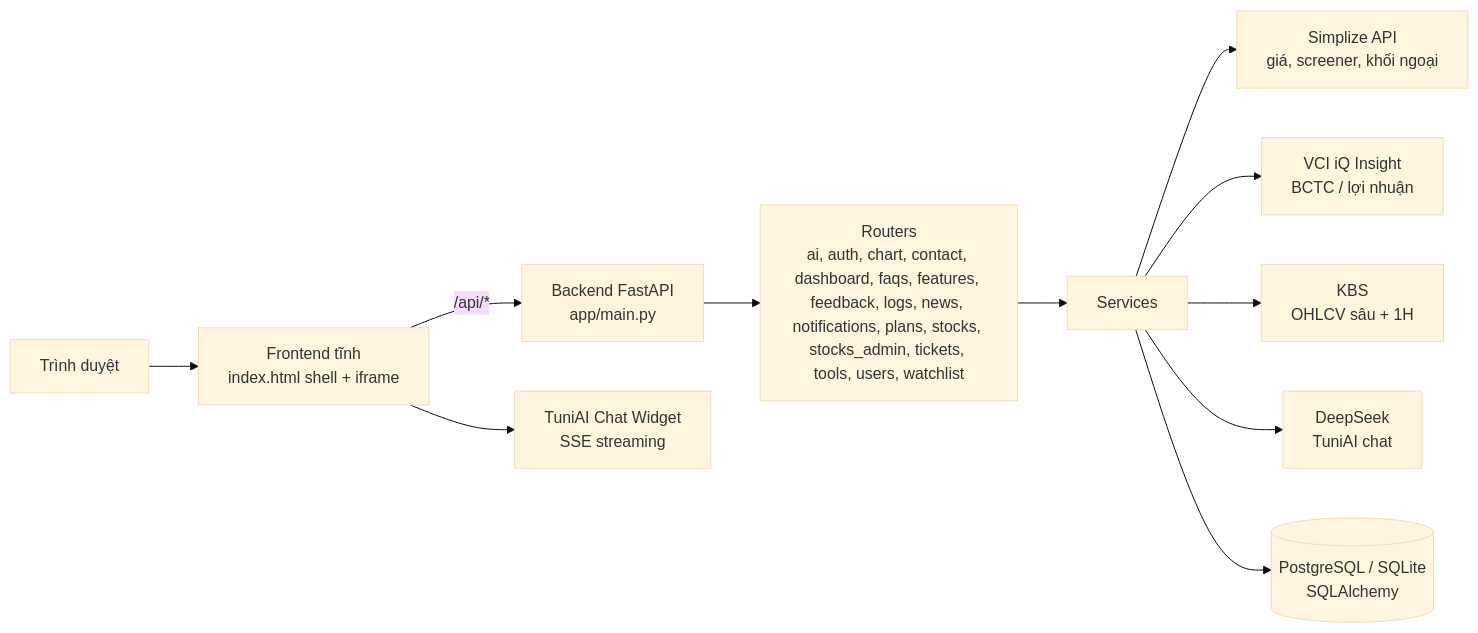
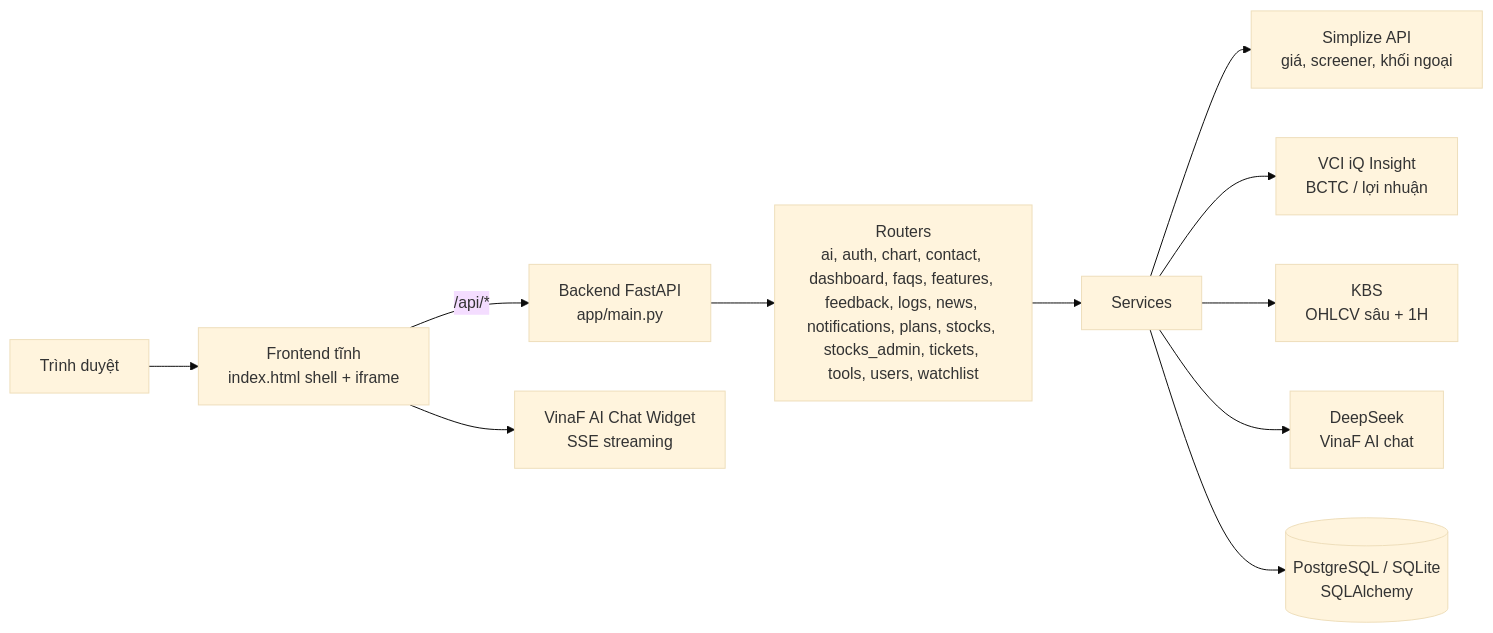
One commit to tuongdx/vinafintech changed the diagram in docs/TUNIX_SPEC.md. Above: the diagram before and after it, drawn with Mermaid (base theme). The commit also changed other lines of this file and 124 other files, not shown here.

````diff
--- a/docs/TUNIX_SPEC.md
+++ b/docs/TUNIX_SPEC.md
@@ -23,13 +23,13 @@
 ```mermaid
 flowchart LR
     U[Trình duyệt] --> F[Frontend tĩnh<br/>index.html shell + iframe]
     F -->|/api/*| B[Backend FastAPI<br/>app/main.py]
     B --> R[Routers<br/>ai, auth, chart, contact, dashboard, faqs, features, feedback, logs, news, notifications, plans, stocks, stocks_admin, tickets, tools, users, watchlist]
     R --> S[Services]
     S --> S1[Simplize API<br/>giá, screener, khối ngoại]
     S --> S2[VCI iQ Insight<br/>BCTC / lợi nhuận]
     S --> S3[KBS<br/>OHLCV sâu + 1H]
-    S --> S4[DeepSeek<br/>TuniAI chat]
+    S --> S4[DeepSeek<br/>VinaF AI chat]
     S --> DB[(PostgreSQL / SQLite<br/>SQLAlchemy)]
-    F --> T[TuniAI Chat Widget<br/>SSE streaming]
+    F --> T[VinaF AI Chat Widget<br/>SSE streaming]
 ```
````
